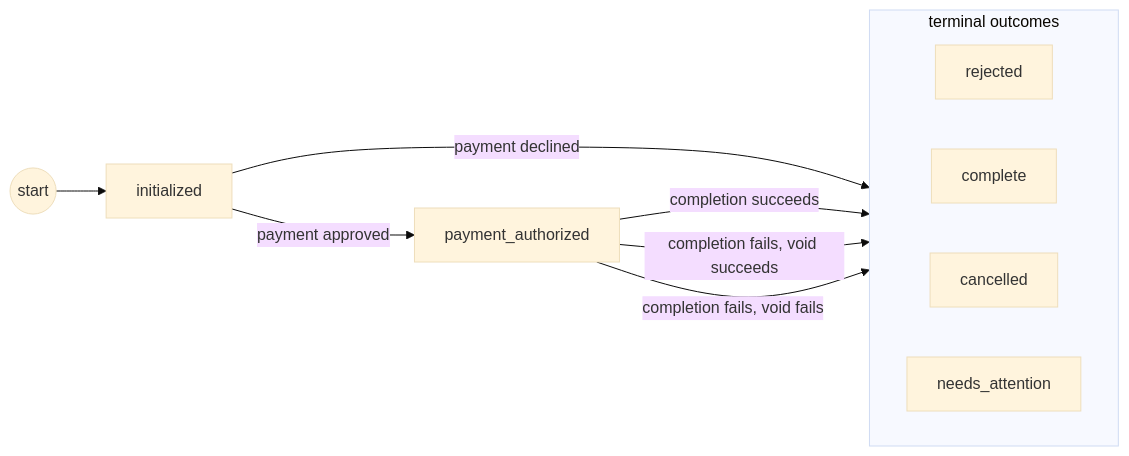
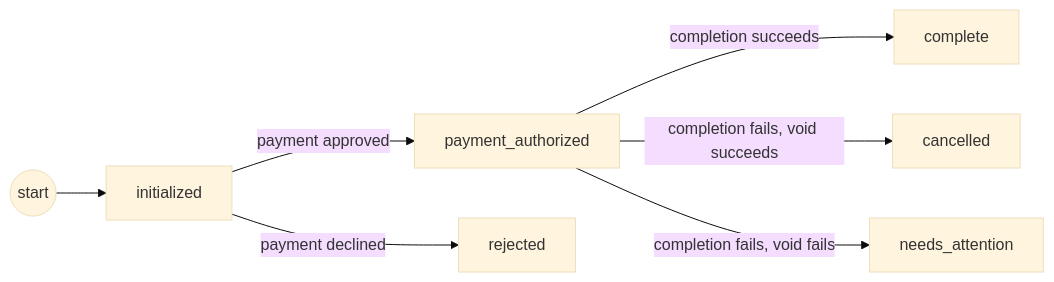
The diagram in README.md (blaster151/gametime-order-state-machine), drawn with Mermaid (base theme) before and after one commit. The commit also changed other lines of this file, not shown here.

Commit message:
docs: simplify state diagram

````diff
--- a/README.md
+++ b/README.md
@@ -66,17 +66,9 @@
 ```mermaid
 flowchart LR
     start((start)) --> initialized
     initialized -->|payment approved| payment_authorized
     initialized -->|payment declined| rejected
     payment_authorized -->|completion succeeds| complete
     payment_authorized -->|completion fails, void succeeds| cancelled
     payment_authorized -->|completion fails, void fails| needs_attention
-
-    subgraph terminal_outcomes[terminal outcomes]
-        direction LR
-        complete
-        cancelled
-        needs_attention
-        rejected
-    end
 ```
````
